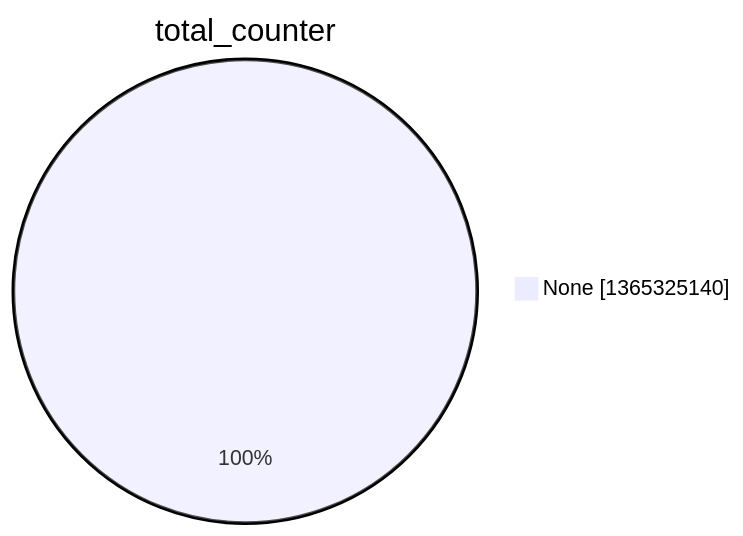
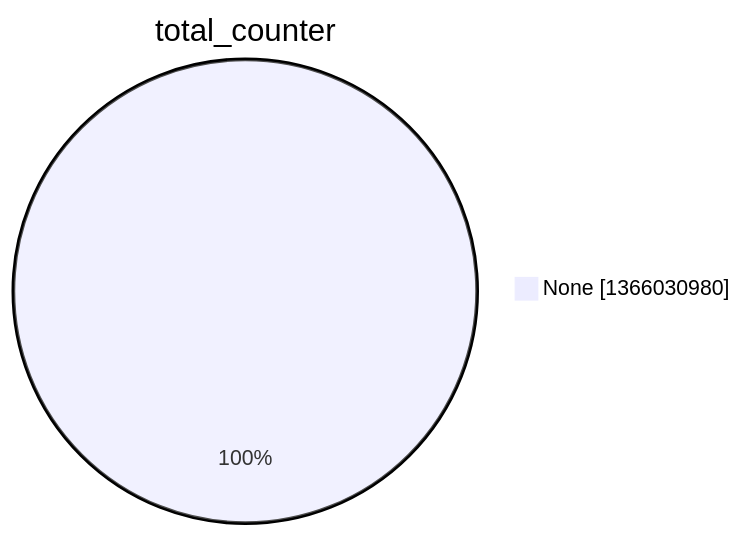
One commit to christiankrug/ctmonitor_visualization changed the second of 15 diagrams in argon2022/README.md. Above: the diagram before and after it, drawn with Mermaid. The commit also changed other lines of this file, not shown here.

````diff
--- a/argon2022/README.md
+++ b/argon2022/README.md
@@ -9,5 +9,5 @@
 ```mermaid
 pie showData
 title total_counter
-"None" :1365325140
+"None" :1366030980
 ```
````
